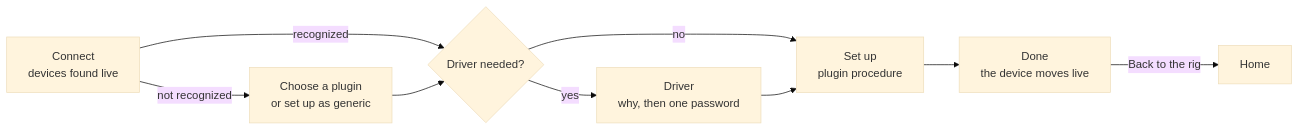
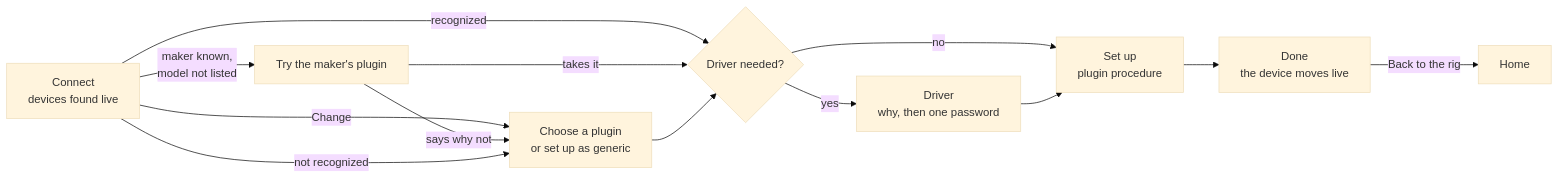
One commit to Adiakys/SimRig changed the third of 4 diagrams in docs/design/flows.md. Above: the diagram before and after it, drawn with Mermaid (base theme). The commit also changed other lines of this file and 11 other files, not shown here.

First line of the commit message:
Add device: the plugin of each device, with Change; an unlisted model of a known maker offers its maker's plugin first

````diff
--- a/docs/design/flows.md
+++ b/docs/design/flows.md
@@ -68,11 +68,15 @@
 ```mermaid
 flowchart LR
   C[Connect<br/>devices found live] -->|recognized| N{Driver needed?}
+  C -->|Change| G
+  C -->|maker known,<br/>model not listed| M[Try the maker's plugin]
+  M -->|takes it| N
+  M -->|says why not| G
   C -->|not recognized| G[Choose a plugin<br/>or set up as generic]
   G --> N
   N -->|no| S
   N -->|yes| D[Driver<br/>why, then one password]
   D --> S[Set up<br/>plugin procedure]
   S --> F[Done<br/>the device moves live]
   F -->|Back to the rig| H[Home]
 ```
````
